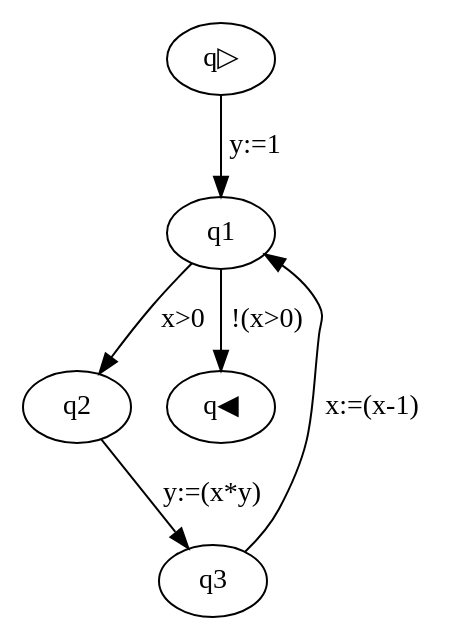
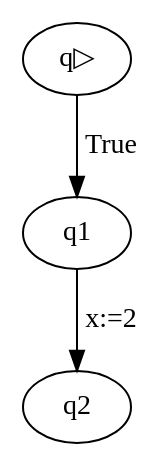
The diagram in graph.dot (JepMik/GCL-Build-Analyse-Tool), drawn with Graphviz before and after one commit. The commit also changed 32 other files, not shown here.

```diff
--- a/graph.dot
+++ b/graph.dot
@@ -1,7 +1,4 @@
 strict digraph {
-q▷ -> q1[label="y:=1"];
-q1 -> q2[label="x>0"];
-q2 -> q3[label="y:=(x*y)"];
-q3 -> q1[label="x:=(x-1)"];
-q1 -> q◀[label="!(x>0)"];
+q1 -> q2[label="x:=2"];
+q▷ -> q1[label="True"];
 }
```
